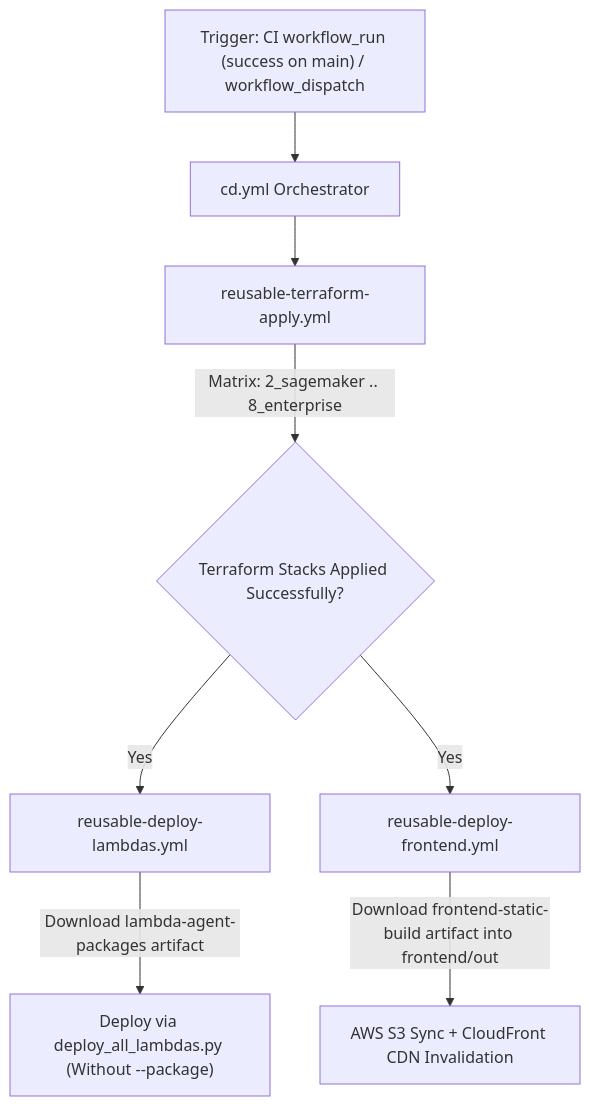
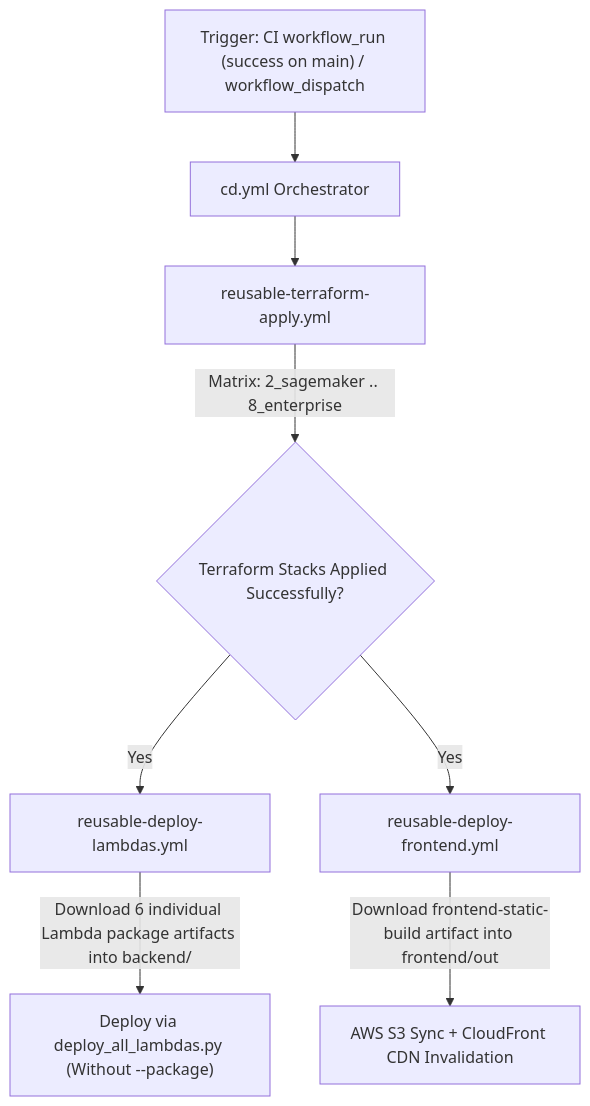
The diagram in docs/specs/infrastructure/github_cd_spec.md (ajponte/alex), drawn with Mermaid before and after one commit. The commit also changed other lines of this file and 11 other files, not shown here.

````diff
--- a/docs/specs/infrastructure/github_cd_spec.md
+++ b/docs/specs/infrastructure/github_cd_spec.md
@@ -102,10 +107,10 @@
 ```mermaid
 graph TD
     A["Trigger: CI workflow_run (success on main) / workflow_dispatch"] --> B["cd.yml Orchestrator"]
     B --> C["reusable-terraform-apply.yml"]
     C -->|"Matrix: 2_sagemaker .. 8_enterprise"| D{"Terraform Stacks Applied Successfully?"}
     D -->|"Yes"| E["reusable-deploy-lambdas.yml"]
     D -->|"Yes"| F["reusable-deploy-frontend.yml"]
-    E -->|"Download lambda-agent-packages artifact"| G["Deploy via deploy_all_lambdas.py (Without --package)"]
+    E -->|"Download 6 individual Lambda package artifacts into backend/"| G["Deploy via deploy_all_lambdas.py (Without --package)"]
     F -->|"Download frontend-static-build artifact into frontend/out"| H["AWS S3 Sync + CloudFront CDN Invalidation"]
 ```
````
